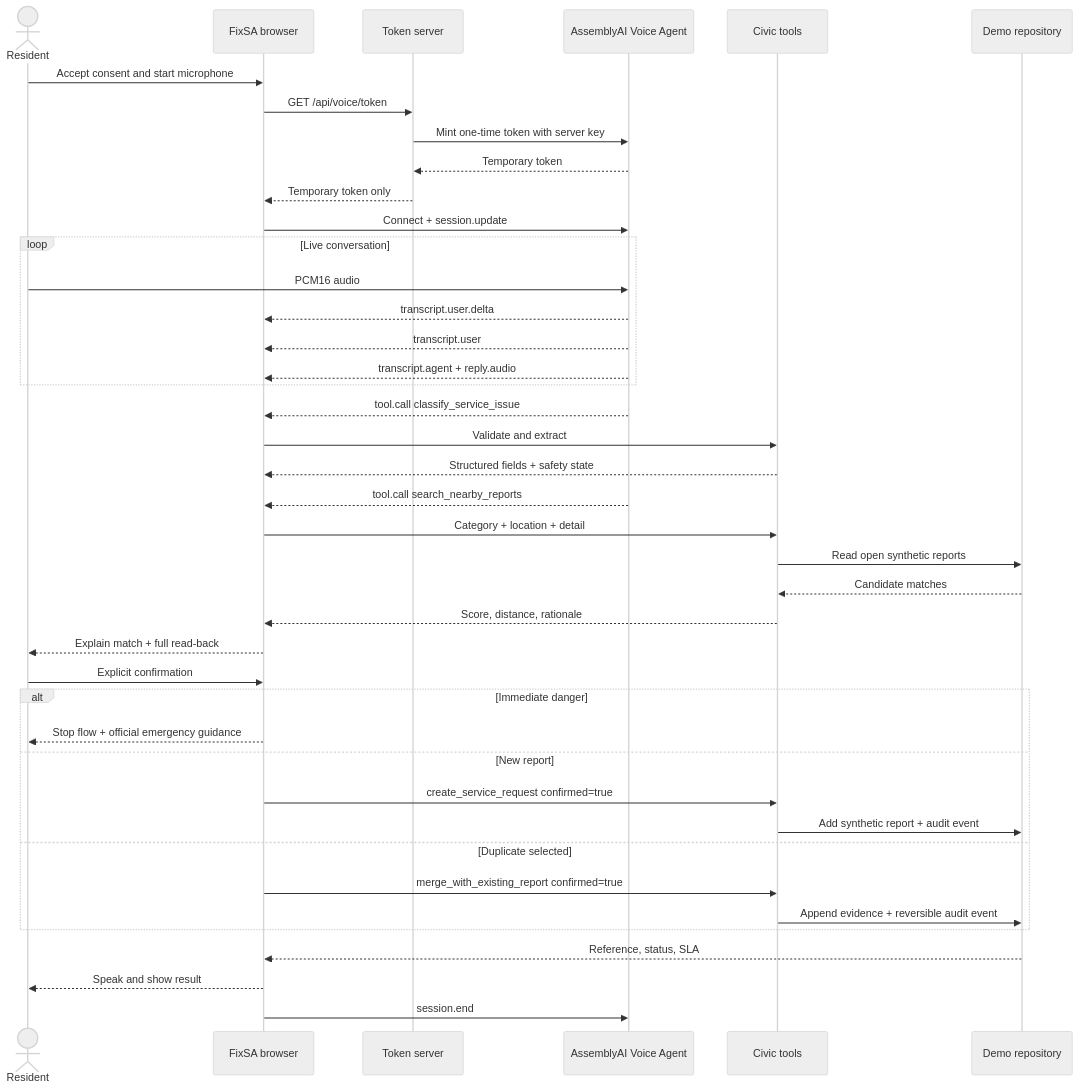
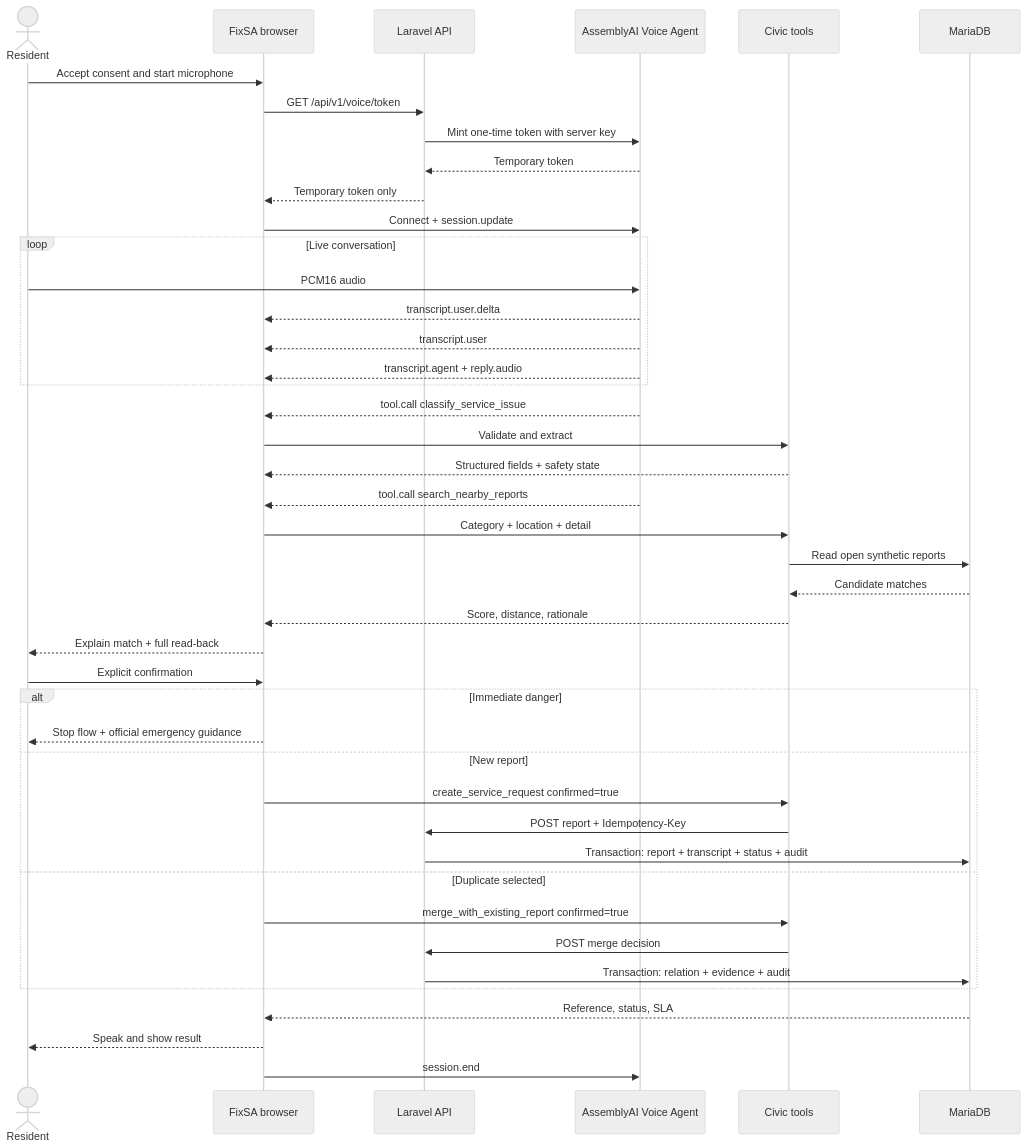
Before and after one commit to SibusisoMashita/fixsa-voice: the diagram in docs/data-flow.md, drawn with Mermaid (neutral theme). The commit also changed other lines of this file and 136 other files, not shown here.

````diff
--- a/docs/data-flow.md
+++ b/docs/data-flow.md
@@ -3,44 +3,46 @@
 ```mermaid
 sequenceDiagram
   actor R as Resident
   participant UI as FixSA browser
-  participant S as Token server
+  participant S as Laravel API
   participant A as AssemblyAI Voice Agent
   participant T as Civic tools
-  participant D as Demo repository
+  participant D as MariaDB
 
   R->>UI: Accept consent and start microphone
-  UI->>S: GET /api/voice/token
+  UI->>S: GET /api/v1/voice/token
   S->>A: Mint one-time token with server key
   A-->>S: Temporary token
   S-->>UI: Temporary token only
   UI->>A: Connect + session.update
   loop Live conversation
     R->>A: PCM16 audio
     A-->>UI: transcript.user.delta
     A-->>UI: transcript.user
     A-->>UI: transcript.agent + reply.audio
   end
   A-->>UI: tool.call classify_service_issue
   UI->>T: Validate and extract
   T-->>UI: Structured fields + safety state
   A-->>UI: tool.call search_nearby_reports
   UI->>T: Category + location + detail
   T->>D: Read open synthetic reports
   D-->>T: Candidate matches
   T-->>UI: Score, distance, rationale
   UI-->>R: Explain match + full read-back
   R->>UI: Explicit confirmation
   alt Immediate danger
     UI-->>R: Stop flow + official emergency guidance
   else New report
     UI->>T: create_service_request confirmed=true
-    T->>D: Add synthetic report + audit event
+    T->>S: POST report + Idempotency-Key
+    S->>D: Transaction: report + transcript + status + audit
   else Duplicate selected
     UI->>T: merge_with_existing_report confirmed=true
-    T->>D: Append evidence + reversible audit event
+    T->>S: POST merge decision
+    S->>D: Transaction: relation + evidence + audit
   end
   D-->>UI: Reference, status, SLA
   UI-->>R: Speak and show result
   UI->>A: session.end
 ```
````
